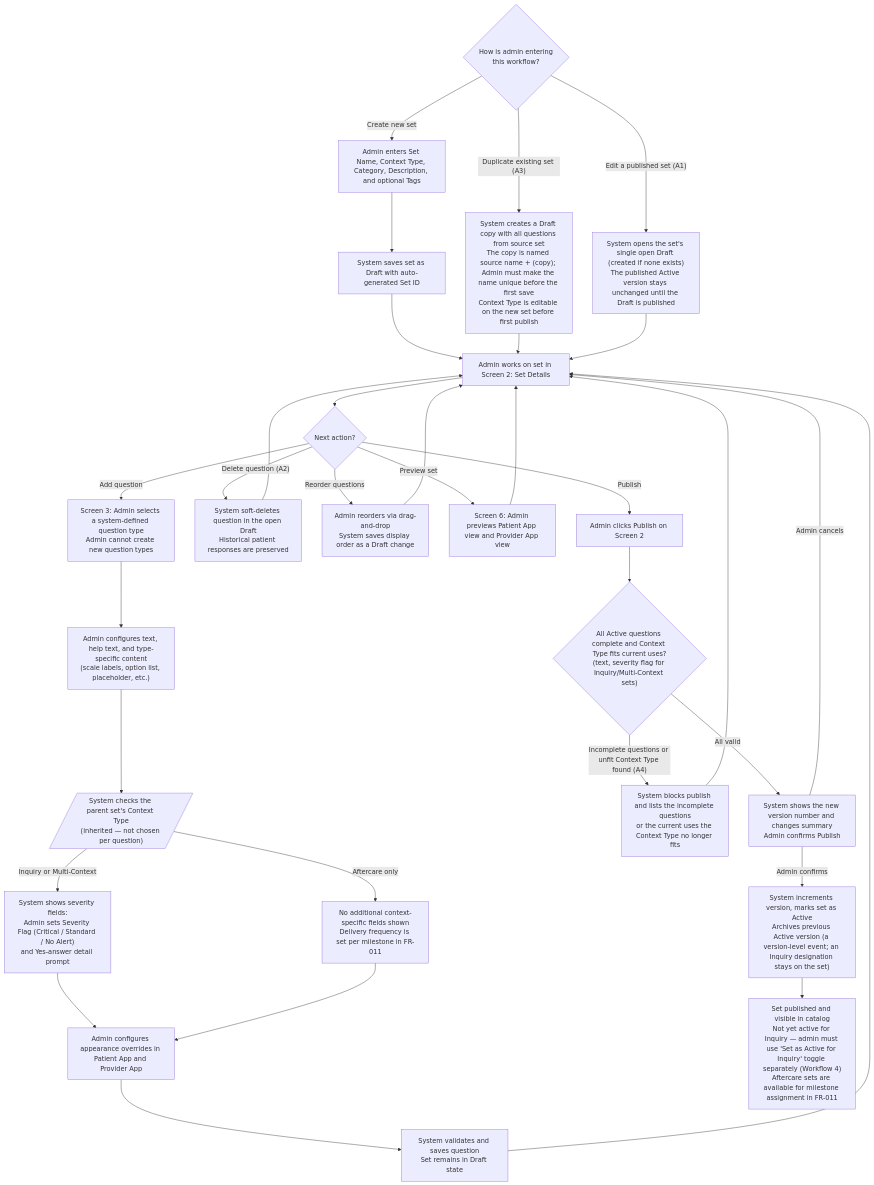
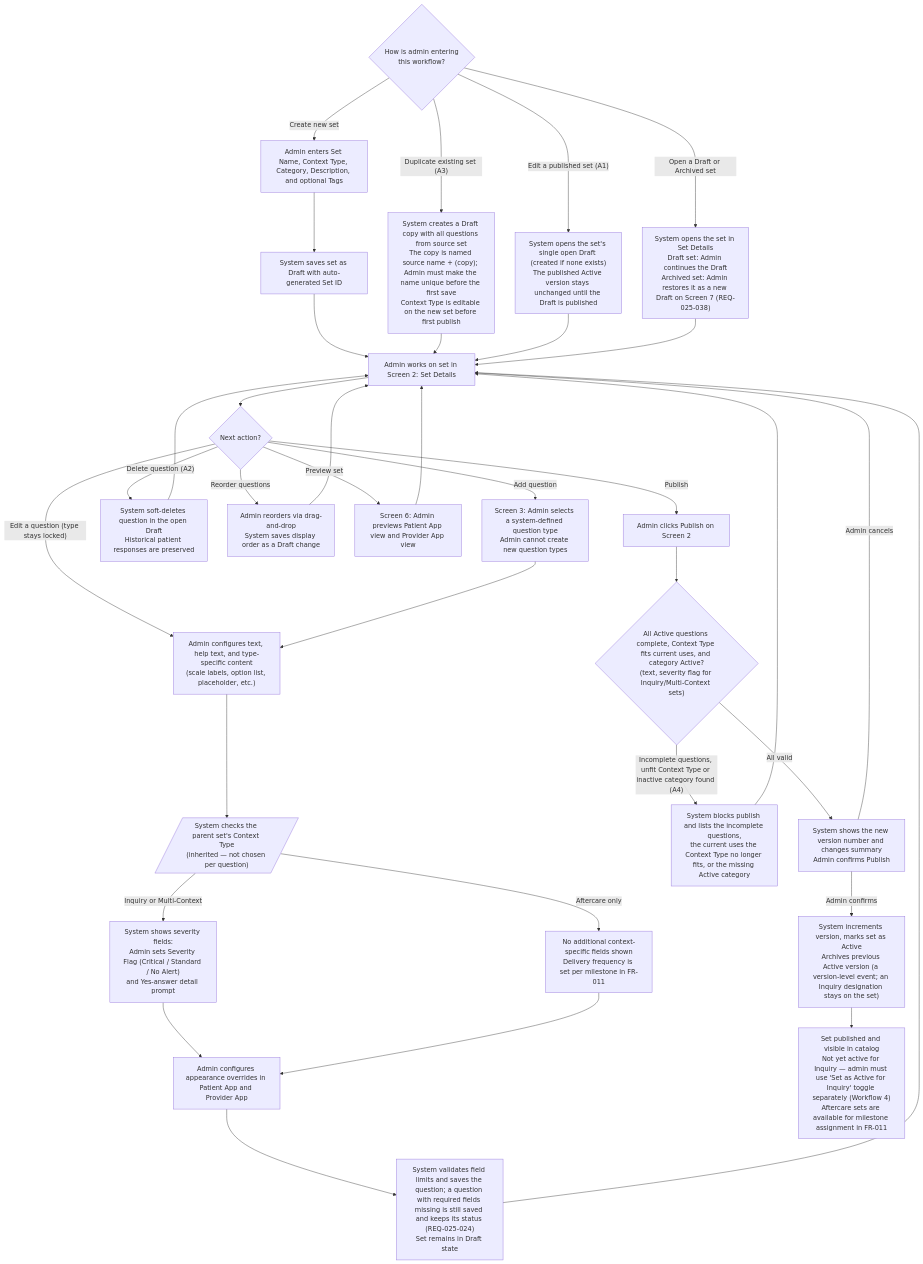
One commit to joachimtrungtuan/hairline-pm-docs changed the first of 4 diagrams in project-requirements/functional-requirements/fr025-medical-questionnaire-management/prd.md. Above: the diagram before and after it, drawn with Mermaid. The commit also changed other lines of this file and 5 other files, not shown here.

Commit message:
docs(fr025): apply logic review pass 2 fixes to PRD and graph

````diff
--- a/project-requirements/functional-requirements/fr025-medical-questionnaire-management/prd.md
+++ b/project-requirements/functional-requirements/fr025-medical-questionnaire-management/prd.md
@@ -59,45 +59,48 @@
 ```mermaid
 flowchart TD
     ENTRY{"How is admin entering\nthis workflow?"}
 
     ENTRY -->|"Create new set"| CN["Admin enters Set Name, Context Type, Category, Description, and optional Tags"]
     ENTRY -->|"Duplicate existing set (A3)"| DUP["System creates a Draft copy with all questions from source set\nThe copy is named source name + (copy); Admin must make the name unique before the first save\nContext Type is editable on the new set before first publish"]
     ENTRY -->|"Edit a published set (A1)"| EDT["System opens the set's single open Draft (created if none exists)\nThe published Active version stays unchanged until the Draft is published"]
+    ENTRY -->|"Open a Draft or Archived set"| OPN["System opens the set in Set Details\nDraft set: Admin continues the Draft\nArchived set: Admin restores it as a new Draft on Screen 7 (REQ-025-038)"]
 
     CN --> DRAFT["System saves set as Draft with auto-generated Set ID"]
     DRAFT --> LOOP
     DUP --> LOOP
     EDT --> LOOP
+    OPN --> LOOP
 
     LOOP["Admin works on set in Screen 2: Set Details"]
     LOOP --> ACT{"Next action?"}
 
     ACT -->|"Add question"| QT["Screen 3: Admin selects a system-defined question type\nAdmin cannot create new question types"]
+    ACT -->|"Edit a question (type stays locked)"| QC
     ACT -->|"Delete question (A2)"| DEL["System soft-deletes question in the open Draft\nHistorical patient responses are preserved"]
     ACT -->|"Reorder questions"| ORG["Admin reorders via drag-and-drop\nSystem saves display order as a Draft change"]
     ACT -->|"Preview set"| PRV["Screen 6: Admin previews Patient App view and Provider App view"]
     ACT -->|"Publish"| PUB["Admin clicks Publish on Screen 2"]
 
     DEL --> LOOP
     ORG --> LOOP
     PRV --> LOOP
 
     QT --> QC["Admin configures text, help text, and type-specific content\n(scale labels, option list, placeholder, etc.)"]
     QC --> CTX[/"System checks the parent set's Context Type\n(inherited — not chosen per question)"/]
 
     CTX -->|"Inquiry or Multi-Context"| SEV["System shows severity fields:\nAdmin sets Severity Flag (Critical / Standard / No Alert)\nand Yes-answer detail prompt"]
     CTX -->|"Aftercare only"| AFT["No additional context-specific fields shown\nDelivery frequency is set per milestone in FR-011"]
 
     SEV --> APP["Admin configures appearance overrides in Patient App and Provider App"]
     AFT --> APP
-    APP --> QSAVE["System validates and saves question\nSet remains in Draft state"]
+    APP --> QSAVE["System validates field limits and saves the question; a question with required fields missing is still saved and keeps its status (REQ-025-024)\nSet remains in Draft state"]
     QSAVE --> LOOP
 
-    PUB --> VAL{"All Active questions complete and Context Type fits current uses?\n(text, severity flag for Inquiry/Multi-Context sets)"}
-    VAL -->|"Incomplete questions or unfit Context Type found (A4)"| VFAIL["System blocks publish and lists the incomplete questions\nor the current uses the Context Type no longer fits"]
+    PUB --> VAL{"All Active questions complete, Context Type fits current uses, and category Active?\n(text, severity flag for Inquiry/Multi-Context sets)"}
+    VAL -->|"Incomplete questions, unfit Context Type or inactive category found (A4)"| VFAIL["System blocks publish and lists the incomplete questions,\nthe current uses the Context Type no longer fits, or the missing Active category"]
     VFAIL --> LOOP
     VAL -->|"All valid"| CONF["System shows the new version number and changes summary\nAdmin confirms Publish"]
     CONF -->|"Admin cancels"| LOOP
     CONF -->|"Admin confirms"| VPASS["System increments version, marks set as Active\nArchives previous Active version (a version-level event; an Inquiry designation stays on the set)"]
     VPASS --> AVAIL["Set published and visible in catalog\nNot yet active for Inquiry — admin must use 'Set as Active for Inquiry' toggle separately (Workflow 4)\nAftercare sets are available for milestone assignment in FR-011"]
 ```
````
